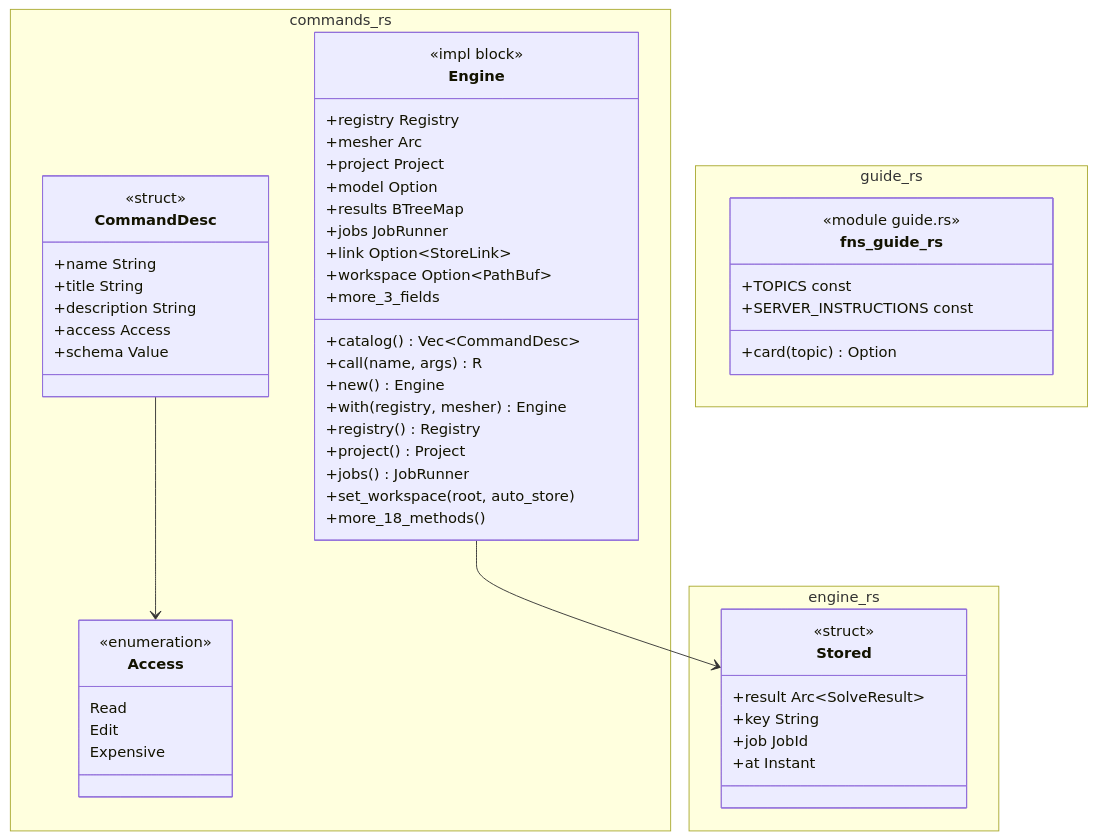
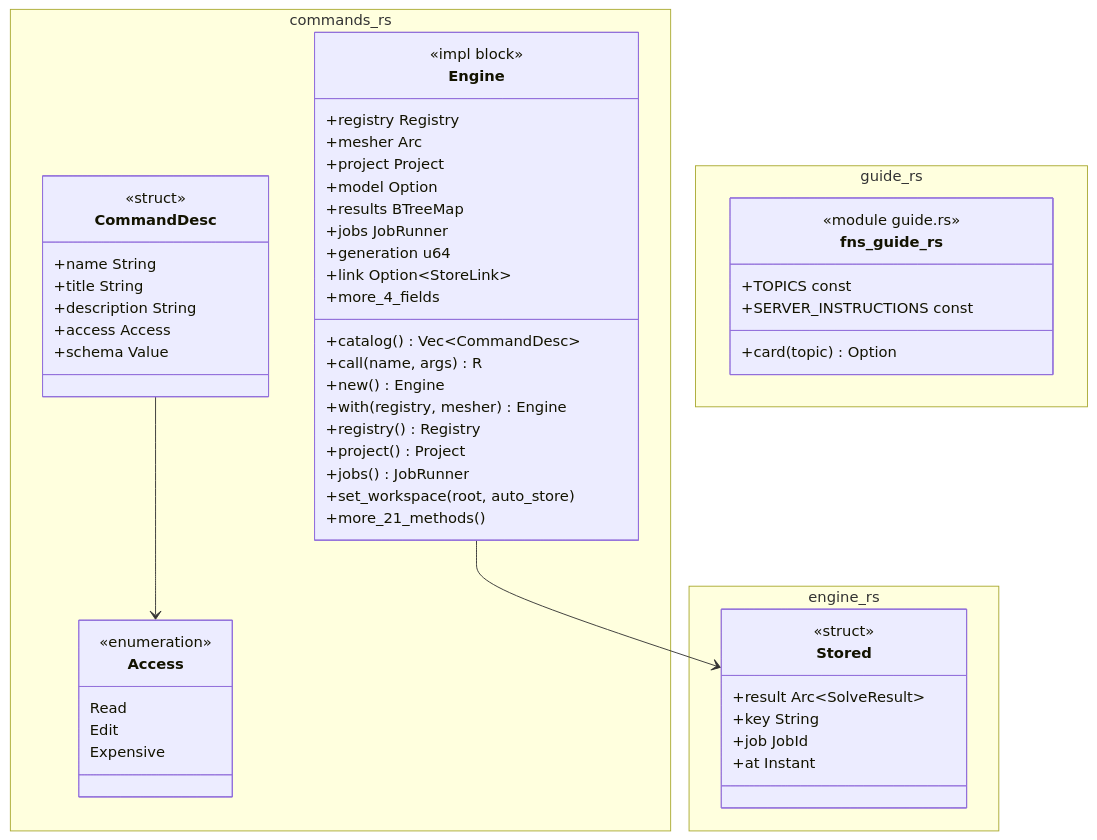
The diagram in docs/architecture/c4/4-code/engine/commands.md (p-j-r/nyx), drawn with Mermaid before and after one commit. The commit also changed other lines of this file and 48 other files, not shown here.

````diff
--- a/docs/architecture/c4/4-code/engine/commands.md
+++ b/docs/architecture/c4/4-code/engine/commands.md
@@ -52,59 +53,59 @@
 ```mermaid
 classDiagram
   namespace commands_rs {
     class Access {
         <<enumeration>>
         Read
         Edit
         Expensive
     }
     class CommandDesc {
         <<struct>>
         +name String
         +title String
         +description String
         +access Access
         +schema Value
     }
     class Engine {
         <<impl block>>
         +registry Registry
         +mesher Arc
         +project Project
         +model Option
         +results BTreeMap
         +jobs JobRunner
+        +generation u64
         +link Option~StoreLink~
-        +workspace Option~PathBuf~
-        +more_3_fields
+        +more_4_fields
         +catalog() Vec~CommandDesc~
         +call(name, args) R
         +new() Engine
         +with(registry, mesher) Engine
         +registry() Registry
         +project() Project
         +jobs() JobRunner
         +set_workspace(root, auto_store)
-        +more_18_methods()
+        +more_21_methods()
     }
   }
   namespace engine_rs {
     class Stored {
         <<struct>>
         +result Arc~SolveResult~
         +key String
         +job JobId
         +at Instant
     }
   }
   namespace guide_rs {
     class fns_guide_rs {
         <<module guide.rs>>
         +card(topic) Option
         +TOPICS const
         +SERVER_INSTRUCTIONS const
     }
   }
   CommandDesc --> Access
   Engine --> Stored
 ```
````
